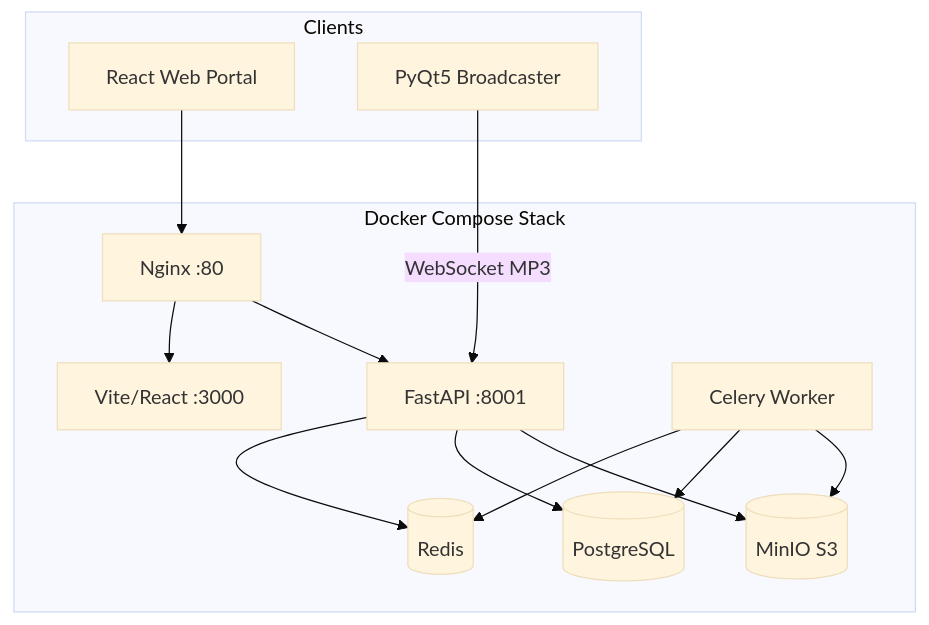
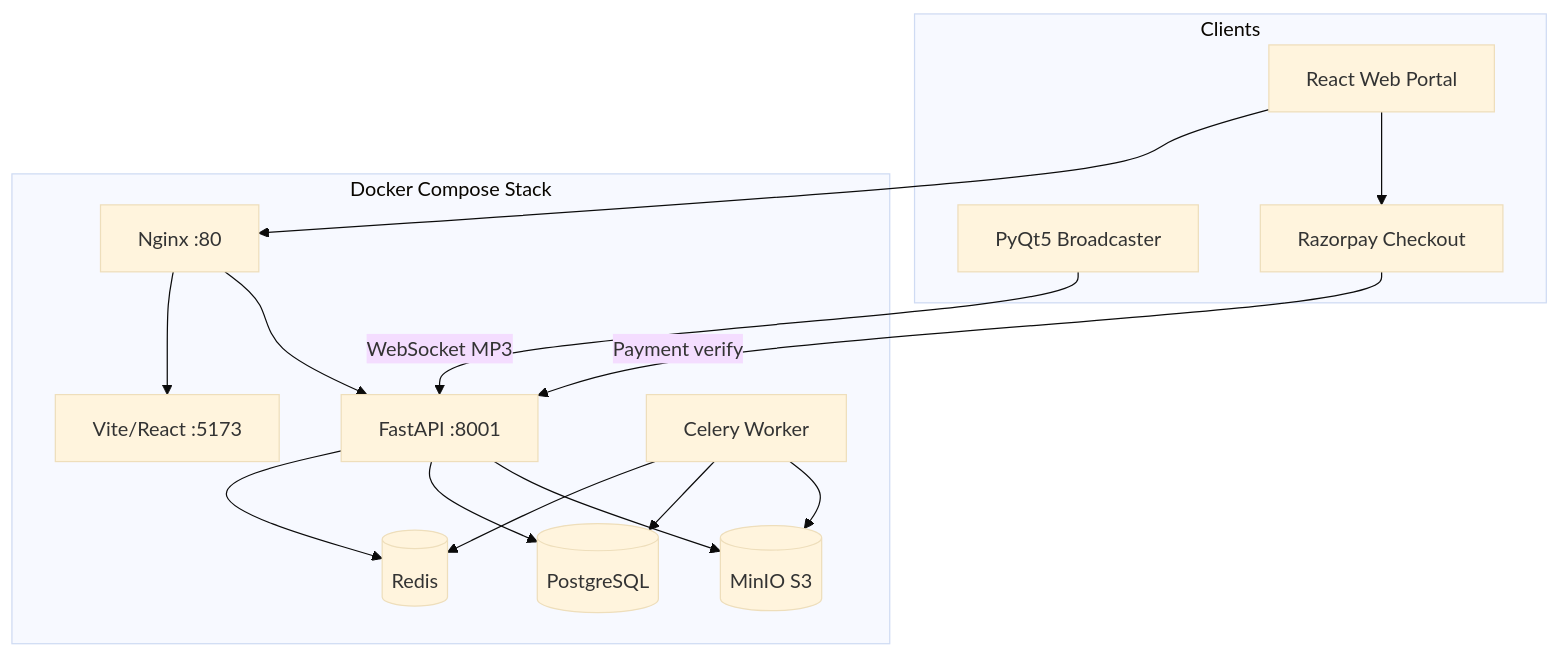
The diagram in README.md (charlsonpeter/verisonic), drawn with Mermaid (base theme) before and after one commit. The commit also changed other lines of this file and 3 other files, not shown here.

````diff
--- a/README.md
+++ b/README.md
@@ -45,28 +50,31 @@
 ```mermaid
 graph TD
     subgraph Clients
         Browser[React Web Portal]
         Broadcaster[PyQt5 Broadcaster]
+        Razorpay[Razorpay Checkout]
     end
 
     subgraph Docker Compose Stack
         Nginx[Nginx :80]
-        Frontend[Vite/React :3000]
+        Frontend[Vite/React :5173]
         Backend[FastAPI :8001]
         Worker[Celery Worker]
         Redis[(Redis)]
         Postgres[(PostgreSQL)]
         MinIO[(MinIO S3)]
     end
 
     Browser --> Nginx
     Broadcaster -->|WebSocket MP3| Backend
+    Browser --> Razorpay
+    Razorpay -->|Payment verify| Backend
     Nginx --> Frontend
     Nginx --> Backend
     Backend --> Redis
     Backend --> Postgres
     Backend --> MinIO
     Worker --> Redis
     Worker --> Postgres
     Worker --> MinIO
 ```
````
